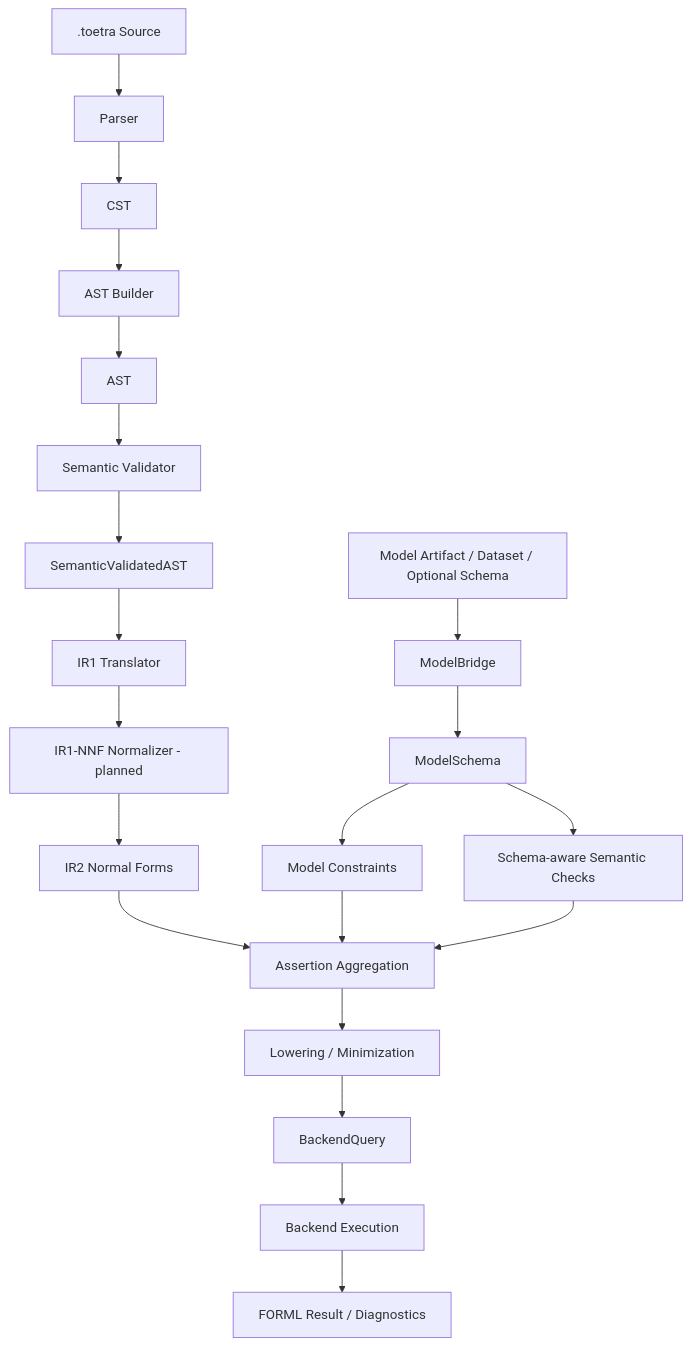
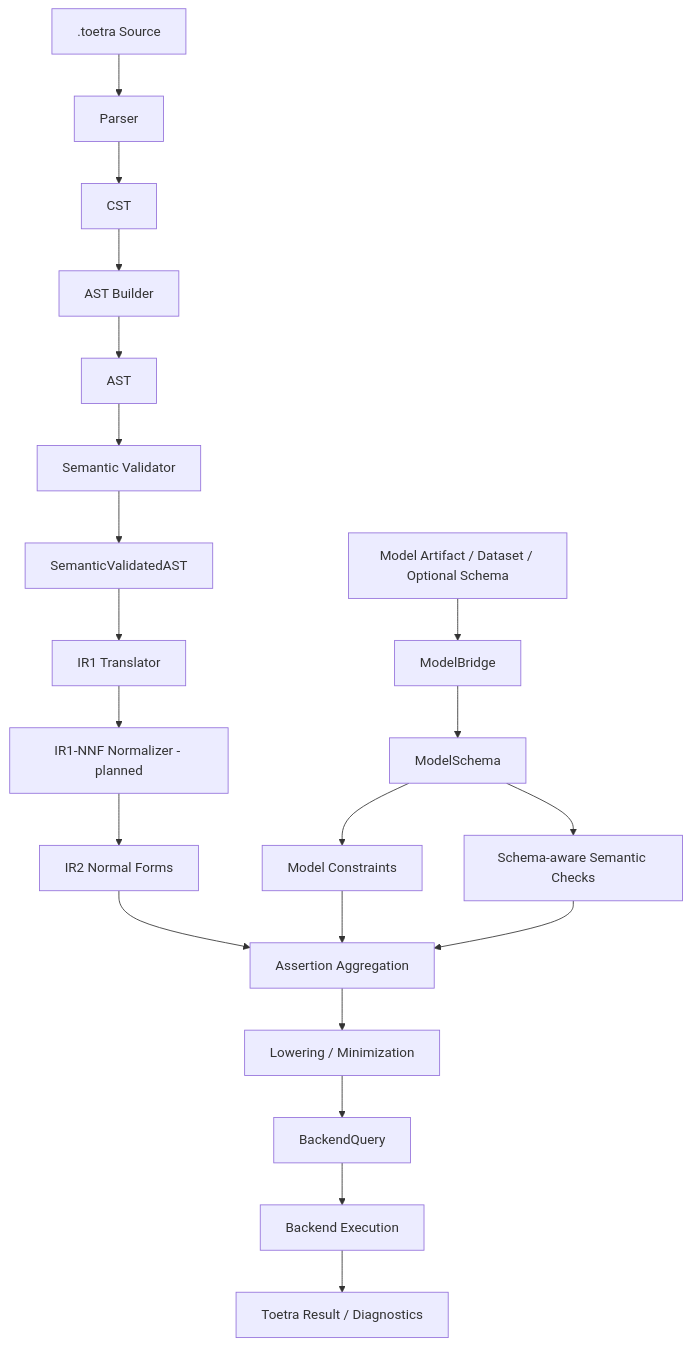
The diagram in docs/architecture/runtime-flow.md (KintanaOne/Toetra), drawn with Mermaid before and after one commit. The commit also changed other lines of this file and 191 other files, not shown here.

````diff
--- a/docs/architecture/runtime-flow.md
+++ b/docs/architecture/runtime-flow.md
@@ -59,62 +59,62 @@
 ```mermaid
 flowchart TD
     S[.toetra Source]
         --> P[Parser]
 
     P
         --> CST[CST]
 
     CST
         --> B[AST Builder]
 
     B
         --> AST[AST]
 
     AST
         --> SEM[Semantic Validator]
 
     SEM
         --> SAST[SemanticValidatedAST]
 
     SAST
         --> IR1[IR1 Translator]
 
     IR1
         --> NNF[IR1-NNF Normalizer - planned]
 
     NNF
         --> IR2[IR2 Normal Forms]
 
     MODEL[Model Artifact / Dataset / Optional Schema]
         --> MB[ModelBridge]
 
     MB
         --> MS[ModelSchema]
 
     MS
         --> SCHEMASEM[Schema-aware Semantic Checks]
 
     MS
         --> MC[Model Constraints]
 
     IR2
         --> AGG[Assertion Aggregation]
 
     MC
         --> AGG
 
     SCHEMASEM
         --> AGG
 
     AGG
         --> LOW[Lowering / Minimization]
 
     LOW
         --> BQ[BackendQuery]
 
     BQ
         --> BE[Backend Execution]
 
     BE
-        --> RES[FORML Result / Diagnostics]
+        --> RES[Toetra Result / Diagnostics]
 ```
````
